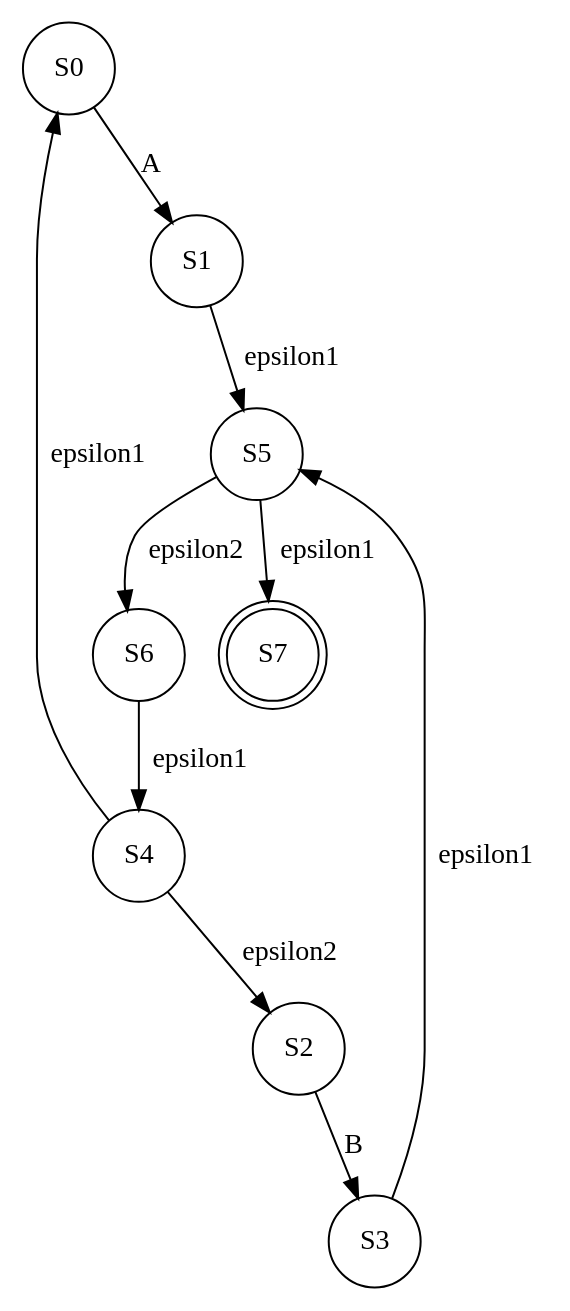
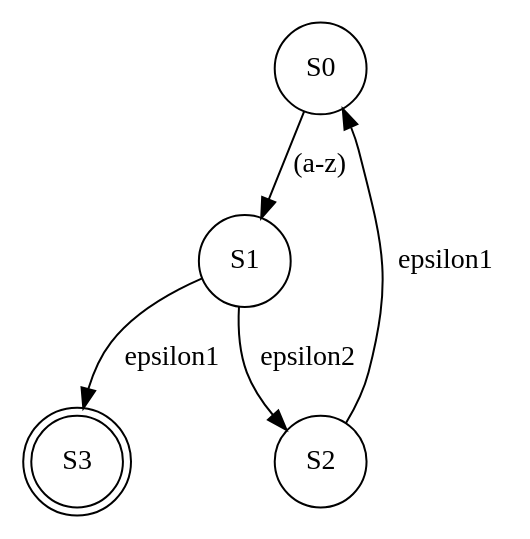
Before and after one commit to EngPeterAtef/Compilers_Lab: the diagram in src/nfa.gv, drawn with Graphviz. The commit also changed 4 other files, not shown here.

```diff
--- a/src/nfa.gv
+++ b/src/nfa.gv
@@ -1,19 +1,10 @@
 digraph {
 	S0 [shape=circle]
-	S0 -> S1 [label=A]
+	S0 -> S1 [label="(a-z)"]
 	S1 [shape=circle]
-	S1 -> S5 [label=epsilon1]
+	S1 -> S3 [label=epsilon1]
+	S1 -> S2 [label=epsilon2]
 	S2 [shape=circle]
-	S2 -> S3 [label=B]
-	S3 [shape=circle]
-	S3 -> S5 [label=epsilon1]
-	S4 [shape=circle]
-	S4 -> S0 [label=epsilon1]
-	S4 -> S2 [label=epsilon2]
-	S5 [shape=circle]
-	S5 -> S7 [label=epsilon1]
-	S5 -> S6 [label=epsilon2]
-	S6 [shape=circle]
-	S6 -> S4 [label=epsilon1]
-	S7 [shape=doublecircle]
+	S2 -> S0 [label=epsilon1]
+	S3 [shape=doublecircle]
 }
```
